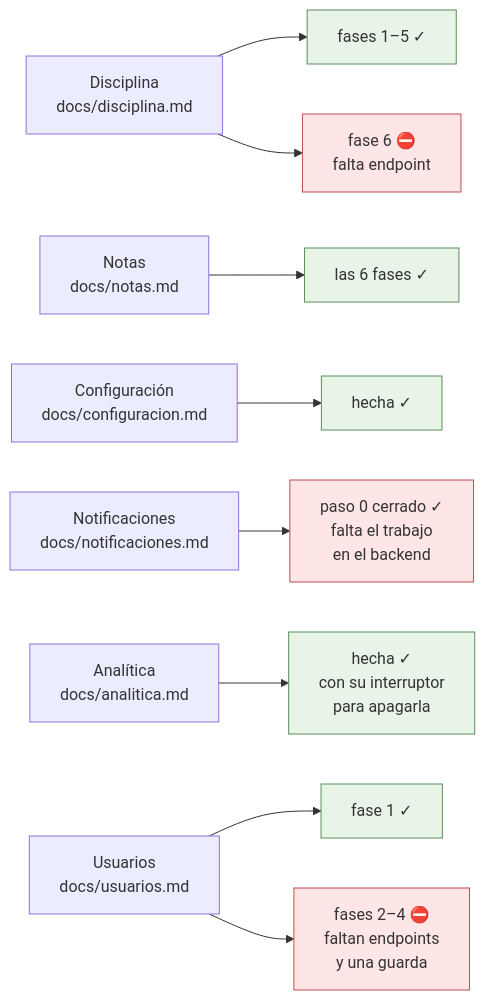
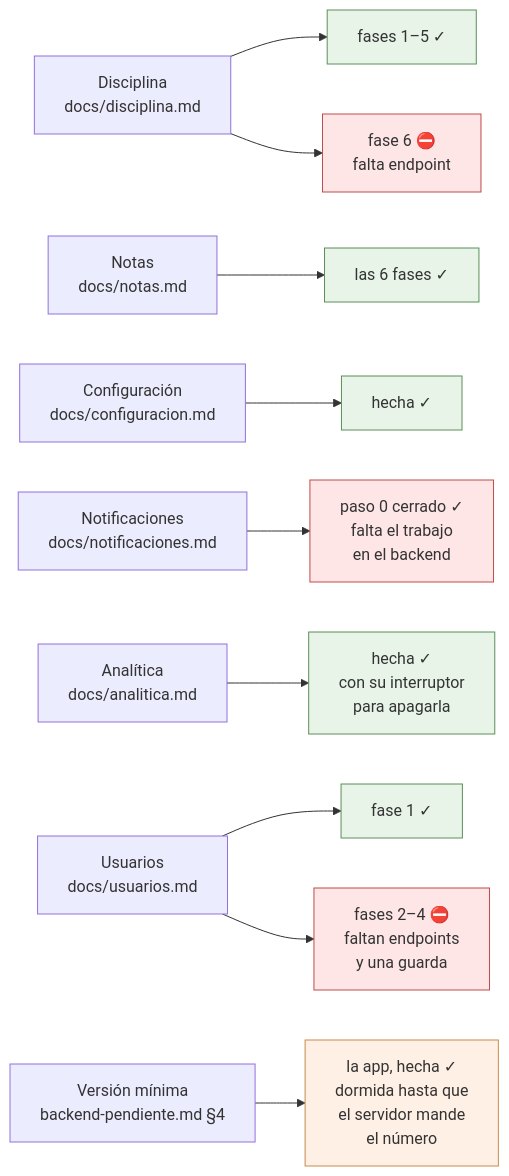
One commit to bluesky777/myvc_flutter changed the diagram in docs/estado.md. Above: the diagram before and after it, drawn with Mermaid. The commit also changed other lines of this file, not shown here.

First line of the commit message:
docs(estado): la versión mínima en el mapa

````diff
--- a/docs/estado.md
+++ b/docs/estado.md
@@ -17,20 +17,22 @@
 ```mermaid
 flowchart LR
     D["Disciplina<br/>docs/disciplina.md"] --> D5["fases 1–5 ✓"]
     D --> D6["fase 6 ⛔<br/>falta endpoint"]
     N["Notas<br/>docs/notas.md"] --> N4["las 6 fases ✓"]
     C["Configuración<br/>docs/configuracion.md"] --> C0["hecha ✓"]
     P["Notificaciones<br/>docs/notificaciones.md"] --> P0["paso 0 cerrado ✓<br/>falta el trabajo<br/>en el backend"]
     A["Analítica<br/>docs/analitica.md"] --> A0["hecha ✓<br/>con su interruptor<br/>para apagarla"]
     U["Usuarios<br/>docs/usuarios.md"] --> U1["fase 1 ✓"]
     U --> U2["fases 2–4 ⛔<br/>faltan endpoints<br/>y una guarda"]
+    V["Versión mínima<br/>backend-pendiente.md §4"] --> V1["la app, hecha ✓<br/>dormida hasta que<br/>el servidor mande<br/>el número"]
 
     style D5 fill:#e8f4e8,stroke:#5a8f5a
     style N4 fill:#e8f4e8,stroke:#5a8f5a
     style D6 fill:#ffe6e6,stroke:#c04b4b
     style P0 fill:#ffe6e6,stroke:#c04b4b
     style C0 fill:#e8f4e8,stroke:#5a8f5a
     style A0 fill:#e8f4e8,stroke:#5a8f5a
     style U1 fill:#e8f4e8,stroke:#5a8f5a
     style U2 fill:#ffe6e6,stroke:#c04b4b
+    style V1 fill:#fff0e6,stroke:#c98a4b
 ```
````
